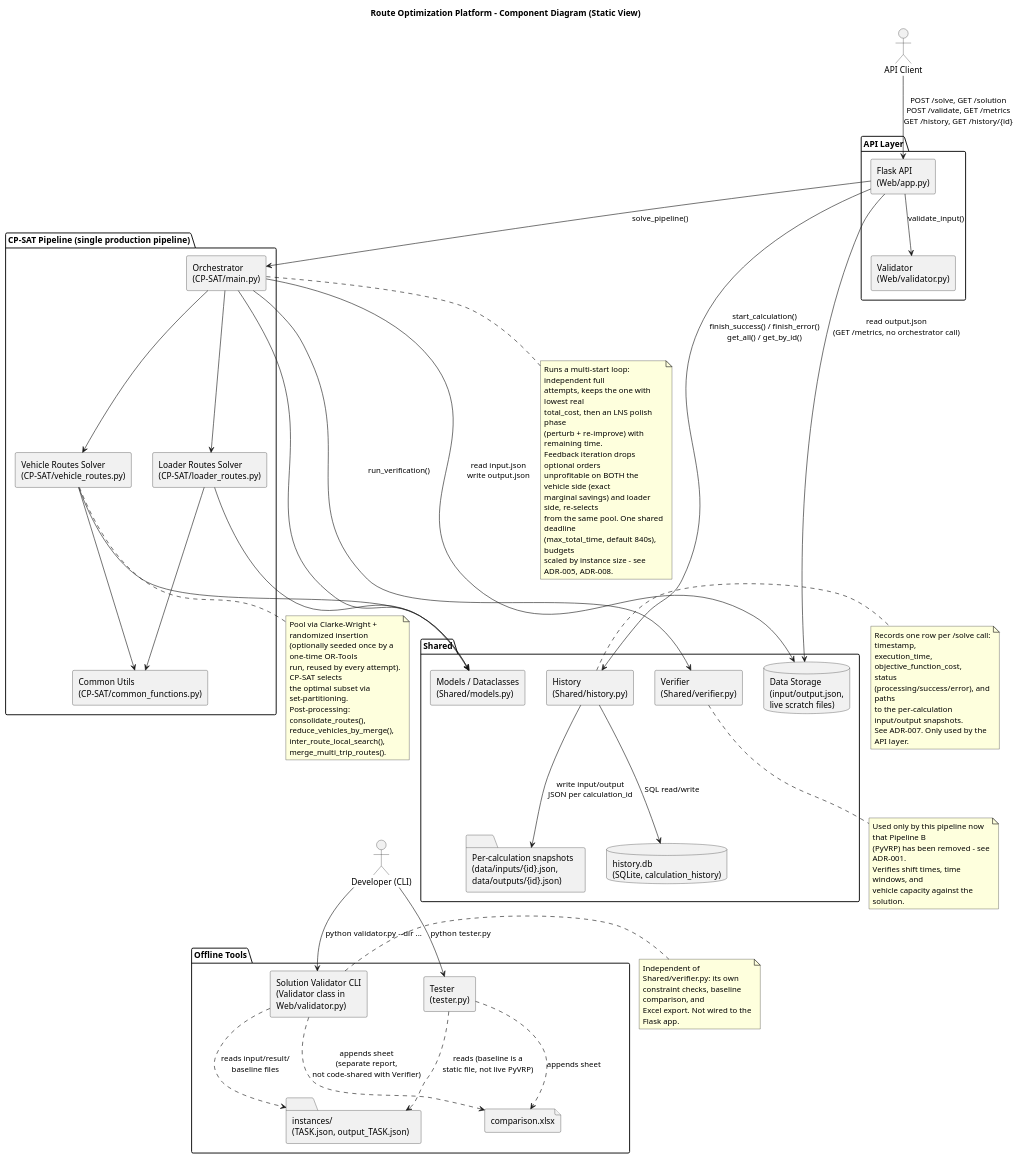
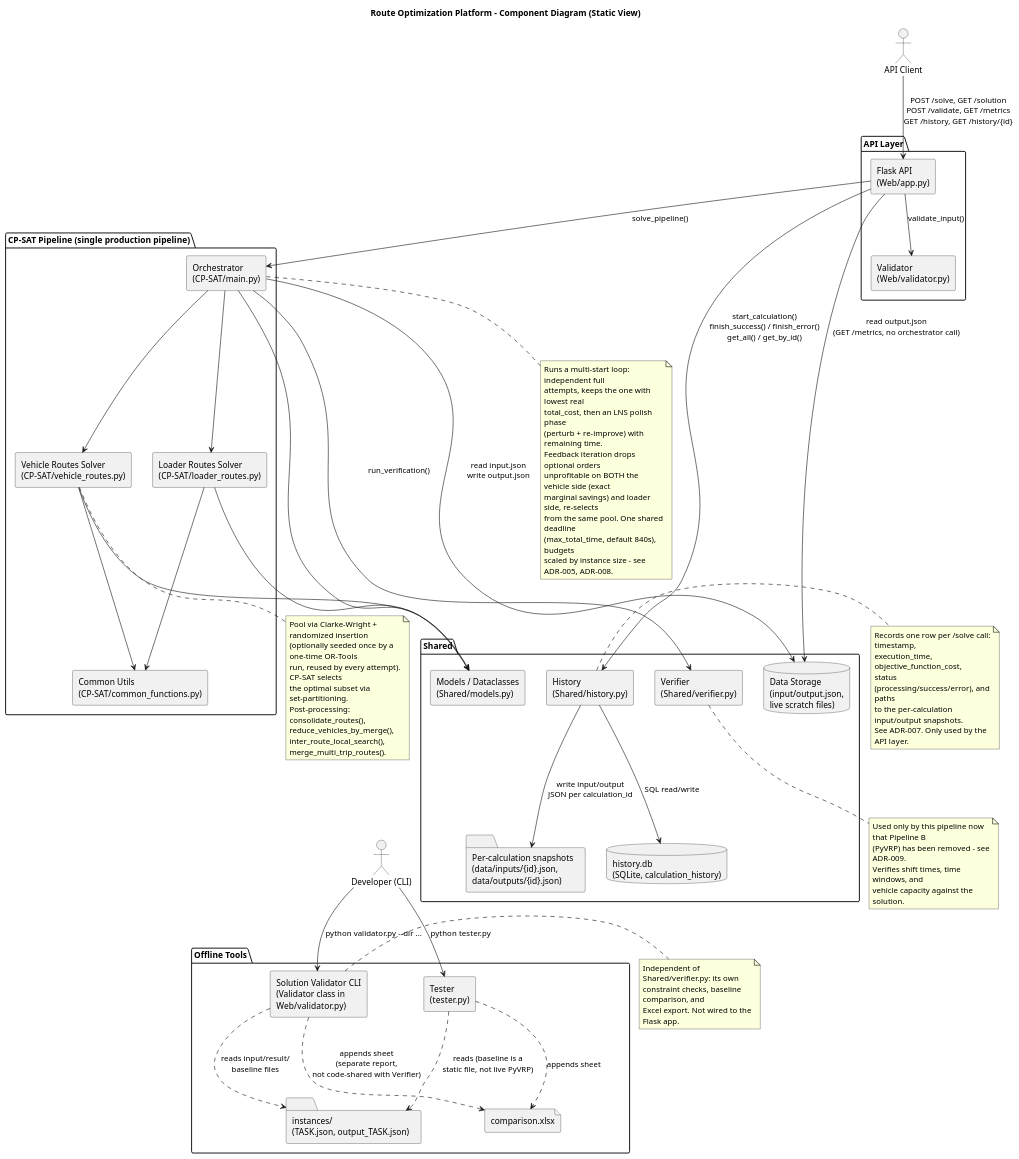
One commit to iu-students/route-optimization-platform changed the diagram in docs/architecture/static-view/component-diagram.puml. Above: the diagram before and after it, drawn with PlantUML. The commit also changed 4 other files, not shown here.

```diff
--- a/docs/architecture/static-view/component-diagram.puml
+++ b/docs/architecture/static-view/component-diagram.puml
@@ -1,110 +1,110 @@
 @startuml component-diagram
 title Route Optimization Platform - Component Diagram (Static View)
 
 skinparam componentStyle rectangle
 skinparam wrapWidth 200
 skinparam shadowing false
 
 actor "API Client" as Client
 actor "Developer (CLI)" as Developer
 
 package "API Layer" {
   [Flask API\n(Web/app.py)] as API
   [Validator\n(Web/validator.py)] as Validator
 }
 
 package "CP-SAT Pipeline (single production pipeline)" {
   [Orchestrator\n(CP-SAT/main.py)] as MainOrchestrator
   [Vehicle Routes Solver\n(CP-SAT/vehicle_routes.py)] as VehicleRoutesSolver
   [Loader Routes Solver\n(CP-SAT/loader_routes.py)] as LoaderRoutesSolver
   [Common Utils\n(CP-SAT/common_functions.py)] as CommonUtils
 }
 
 package "Shared" {
   [Models / Dataclasses\n(Shared/models.py)] as Models
   [Verifier\n(Shared/verifier.py)] as Verifier
   [History\n(Shared/history.py)] as History
   database "Data Storage\n(input/output.json,\nlive scratch files)" as DataStorage
   folder "Per-calculation snapshots\n(data/inputs/{id}.json,\ndata/outputs/{id}.json)" as Snapshots
   database "history.db\n(SQLite, calculation_history)" as HistoryDB
 }
 
 package "Offline Tools" {
   [Tester\n(tester.py)] as Tester
   folder "instances/\n(TASK.json, output_TASK.json)" as TestCases
   file "comparison.xlsx" as ComparisonFile
   [Solution Validator CLI\n(Validator class in Web/validator.py)] as OfflineValidator
 }
 
 Models -[hidden]d-> Developer
 
 Client --> API : POST /solve, GET /solution\nPOST /validate, GET /metrics\nGET /history, GET /history/{id}
 API --> Validator : validate_input()
 API --> History : start_calculation()\nfinish_success() / finish_error()\nget_all() / get_by_id()
 History --> HistoryDB : SQL read/write
 History --> Snapshots : write input/output\nJSON per calculation_id
 API --> MainOrchestrator : solve_pipeline()
 MainOrchestrator --> VehicleRoutesSolver
 MainOrchestrator --> LoaderRoutesSolver
 VehicleRoutesSolver --> CommonUtils
 LoaderRoutesSolver --> CommonUtils
 MainOrchestrator --> Models
 VehicleRoutesSolver --> Models
 LoaderRoutesSolver --> Models
 MainOrchestrator --> DataStorage : read input.json\nwrite output.json
 MainOrchestrator --> Verifier : run_verification()
 API --> DataStorage : read output.json\n(GET /metrics, no orchestrator call)
 
 Developer --> Tester : python tester.py
 Tester ..> TestCases : reads (baseline is a\nstatic file, not live PyVRP)
 Tester ..> ComparisonFile : appends sheet
 Developer --> OfflineValidator : python validator.py --dir ...
 OfflineValidator ..> TestCases : reads input/result/\nbaseline files
 OfflineValidator ..> ComparisonFile : appends sheet\n(separate report,\nnot code-shared with Verifier)
 
 note bottom of VehicleRoutesSolver
   Pool via Clarke-Wright + randomized insertion
   (optionally seeded once by a one-time OR-Tools
   run, reused by every attempt). CP-SAT selects
   the optimal subset via set-partitioning.
   Post-processing: consolidate_routes(),
   reduce_vehicles_by_merge(),
   inter_route_local_search(),
   merge_multi_trip_routes().
 end note
 
 note bottom of MainOrchestrator
   Runs a multi-start loop: independent full
   attempts, keeps the one with lowest real
   total_cost, then an LNS polish phase
   (perturb + re-improve) with remaining time.
   Feedback iteration drops optional orders
   unprofitable on BOTH the vehicle side (exact
   marginal savings) and loader side, re-selects
   from the same pool. One shared deadline
   (max_total_time, default 840s), budgets
   scaled by instance size - see ADR-005, ADR-008.
 end note
 
 note bottom of Verifier
   Used only by this pipeline now that Pipeline B
-  (PyVRP) has been removed - see ADR-001.
+  (PyVRP) has been removed - see ADR-009.
   Verifies shift times, time windows, and
   vehicle capacity against the solution.
 end note
 
 note right of OfflineValidator
   Independent of Shared/verifier.py: its own
   constraint checks, baseline comparison, and
   Excel export. Not wired to the Flask app.
 end note
 
 note right of History
   Records one row per /solve call: timestamp,
   execution_time, objective_function_cost,
   status (processing/success/error), and paths
   to the per-calculation input/output snapshots.
   See ADR-007. Only used by the API layer.
 end note
 
 @enduml
```
